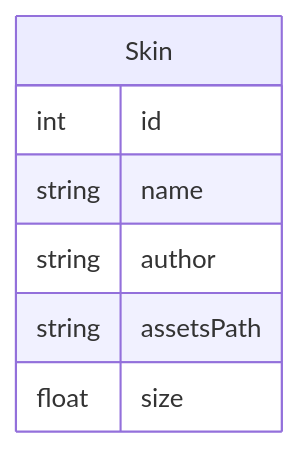
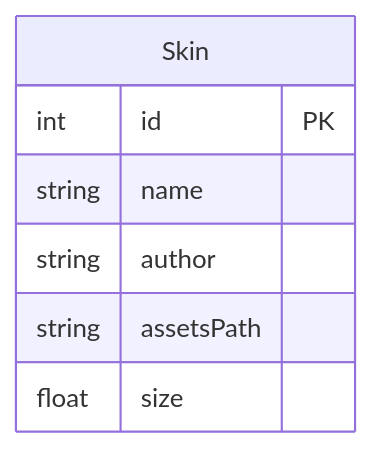
The third of 3 diagrams in README.md (M-TTI/routing), drawn with Mermaid before and after one commit. The commit also changed other lines of this file and 288 other files, not shown here.

````diff
--- a/README.md
+++ b/README.md
@@ -8,10 +139,10 @@
 ```mermaid
 erDiagram
     Skin {
-        int id
+        int id PK
         string name
         string author
         string assetsPath
         float size
     }
 ```
````
